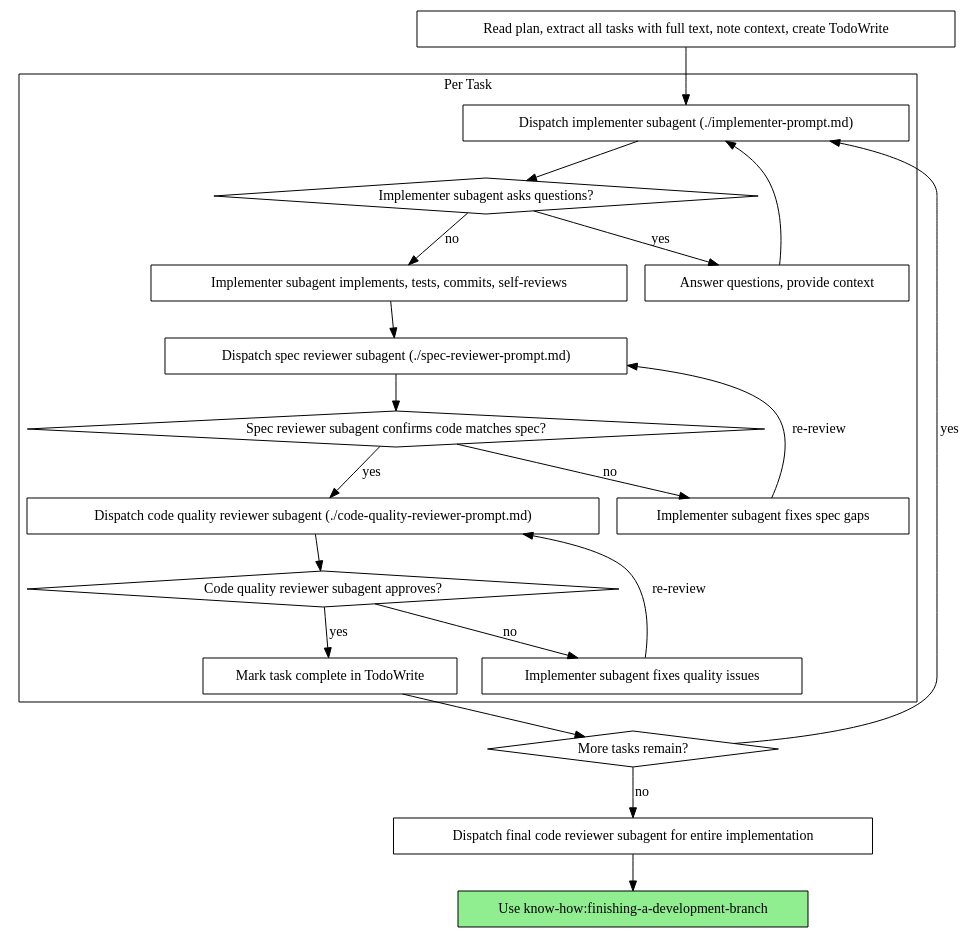
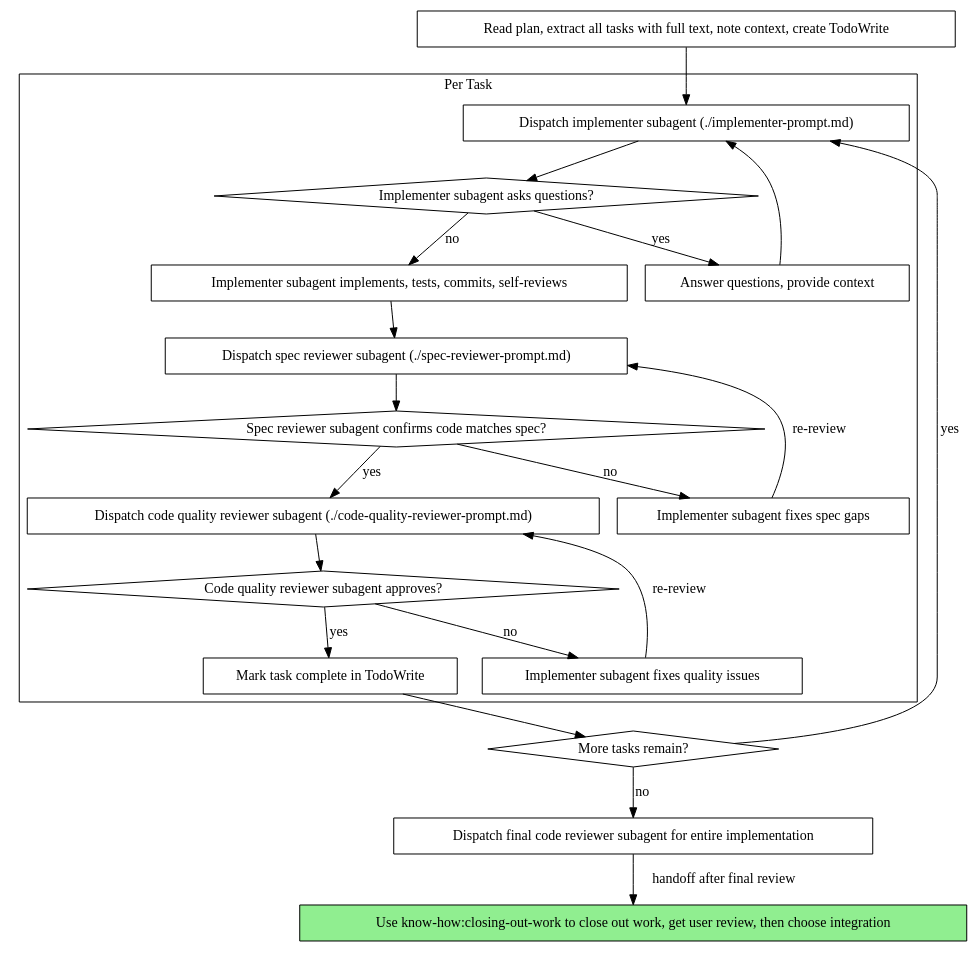
The second of 2 diagrams in skills/subagent-driven-development/SKILL.md (clashmar/know-how), drawn with Graphviz before and after one commit. The commit also changed other lines of this file and 3 other files, not shown here.

Commit message:
feat: create closing-out-work skill

````diff
--- a/skills/subagent-driven-development/SKILL.md
+++ b/skills/subagent-driven-development/SKILL.md
@@ -42,44 +42,44 @@
 ```dot
 digraph process {
     rankdir=TB;
 
     subgraph cluster_per_task {
         label="Per Task";
         "Dispatch implementer subagent (./implementer-prompt.md)" [shape=box];
         "Implementer subagent asks questions?" [shape=diamond];
         "Answer questions, provide context" [shape=box];
         "Implementer subagent implements, tests, commits, self-reviews" [shape=box];
         "Dispatch spec reviewer subagent (./spec-reviewer-prompt.md)" [shape=box];
         "Spec reviewer subagent confirms code matches spec?" [shape=diamond];
         "Implementer subagent fixes spec gaps" [shape=box];
         "Dispatch code quality reviewer subagent (./code-quality-reviewer-prompt.md)" [shape=box];
         "Code quality reviewer subagent approves?" [shape=diamond];
         "Implementer subagent fixes quality issues" [shape=box];
         "Mark task complete in TodoWrite" [shape=box];
     }
 
     "Read plan, extract all tasks with full text, note context, create TodoWrite" [shape=box];
     "More tasks remain?" [shape=diamond];
     "Dispatch final code reviewer subagent for entire implementation" [shape=box];
-    "Use know-how:finishing-a-development-branch" [shape=box style=filled fillcolor=lightgreen];
+    "Use know-how:closing-out-work to close out work, get user review, then choose integration" [shape=box style=filled fillcolor=lightgreen];
 
     "Read plan, extract all tasks with full text, note context, create TodoWrite" -> "Dispatch implementer subagent (./implementer-prompt.md)";
     "Dispatch implementer subagent (./implementer-prompt.md)" -> "Implementer subagent asks questions?";
     "Implementer subagent asks questions?" -> "Answer questions, provide context" [label="yes"];
     "Answer questions, provide context" -> "Dispatch implementer subagent (./implementer-prompt.md)";
     "Implementer subagent asks questions?" -> "Implementer subagent implements, tests, commits, self-reviews" [label="no"];
     "Implementer subagent implements, tests, commits, self-reviews" -> "Dispatch spec reviewer subagent (./spec-reviewer-prompt.md)";
     "Dispatch spec reviewer subagent (./spec-reviewer-prompt.md)" -> "Spec reviewer subagent confirms code matches spec?";
     "Spec reviewer subagent confirms code matches spec?" -> "Implementer subagent fixes spec gaps" [label="no"];
     "Implementer subagent fixes spec gaps" -> "Dispatch spec reviewer subagent (./spec-reviewer-prompt.md)" [label="re-review"];
     "Spec reviewer subagent confirms code matches spec?" -> "Dispatch code quality reviewer subagent (./code-quality-reviewer-prompt.md)" [label="yes"];
     "Dispatch code quality reviewer subagent (./code-quality-reviewer-prompt.md)" -> "Code quality reviewer subagent approves?";
     "Code quality reviewer subagent approves?" -> "Implementer subagent fixes quality issues" [label="no"];
     "Implementer subagent fixes quality issues" -> "Dispatch code quality reviewer subagent (./code-quality-reviewer-prompt.md)" [label="re-review"];
     "Code quality reviewer subagent approves?" -> "Mark task complete in TodoWrite" [label="yes"];
     "Mark task complete in TodoWrite" -> "More tasks remain?";
     "More tasks remain?" -> "Dispatch implementer subagent (./implementer-prompt.md)" [label="yes"];
     "More tasks remain?" -> "Dispatch final code reviewer subagent for entire implementation" [label="no"];
-    "Dispatch final code reviewer subagent for entire implementation" -> "Use know-how:finishing-a-development-branch";
+    "Dispatch final code reviewer subagent for entire implementation" -> "Use know-how:closing-out-work to close out work, get user review, then choose integration" [label="handoff after final review"];
 }
 ```
````
